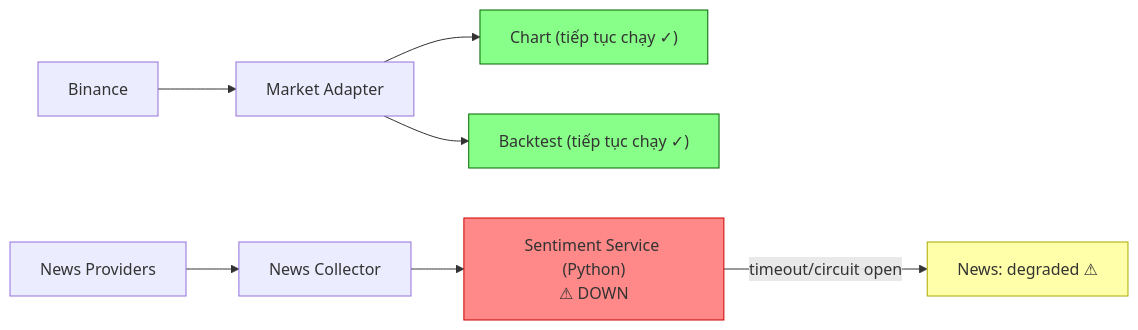
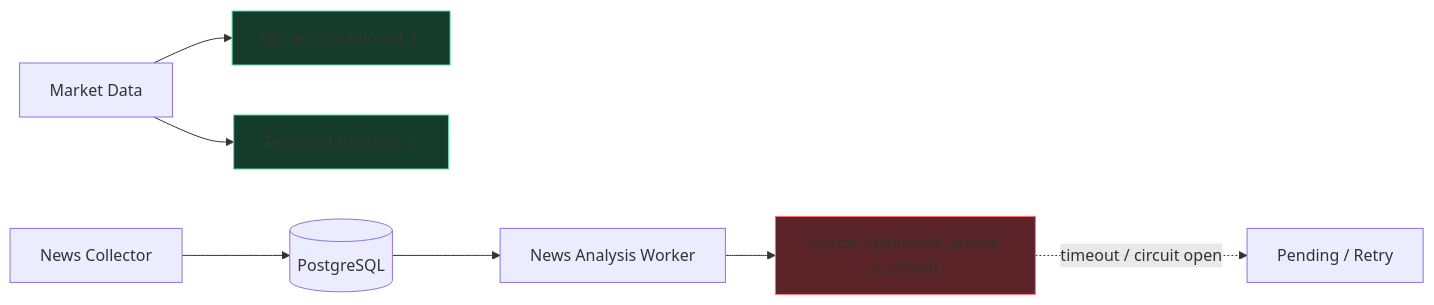
The diagram in docs/questions/21_sentiment_service_isolation/answer.md (PhamVanMinhBinhThuan/crypto-strategy-platform), drawn with Mermaid before and after one commit. The commit also changed other lines of this file and 46 other files, not shown here.

Commit message:
docs: merge architecture question guides

````diff
--- a/docs/questions/21_sentiment_service_isolation/answer.md
+++ b/docs/questions/21_sentiment_service_isolation/answer.md
@@ -9,15 +11,14 @@
 ```mermaid
 flowchart LR
-    BINANCE["Binance"] --> MARKET["Market Adapter"]
-    MARKET --> CHART["Chart (tiếp tục chạy ✓)"]
-    MARKET --> BT["Backtest (tiếp tục chạy ✓)"]
-    
-    NEWSRC["News Providers"] --> NC["News Collector"]
-    NC --> SENT_SVC["Sentiment Service (Python)\n⚠ DOWN"]
-    SENT_SVC --> |"timeout/circuit open"| NEWS_DEG["News: degraded ⚠"]
-    
-    style SENT_SVC fill:#f88,stroke:#c00
-    style NEWS_DEG fill:#ffa,stroke:#aa0
-    style CHART fill:#8f8,stroke:#060
-    style BT fill:#8f8,stroke:#060
+    MARKET["Market Data"] --> CHART["Market Dashboard ✓"]
+    MARKET --> BACKTEST["Technical Backtest ✓"]
+
+    NEWS["News Collector"] --> STORE[("PostgreSQL")]
+    STORE --> WORKER["News Analysis Worker"]
+    WORKER --> SENT["Python Sentiment Service ⚠ DOWN"]
+    SENT -. "timeout / circuit open" .-> RETRY["Pending / Retry"]
+
+    style SENT fill:#5a2429,stroke:#ff6f78
+    style CHART fill:#153c2a,stroke:#53df9a
+    style BACKTEST fill:#153c2a,stroke:#53df9a
 ```
````
